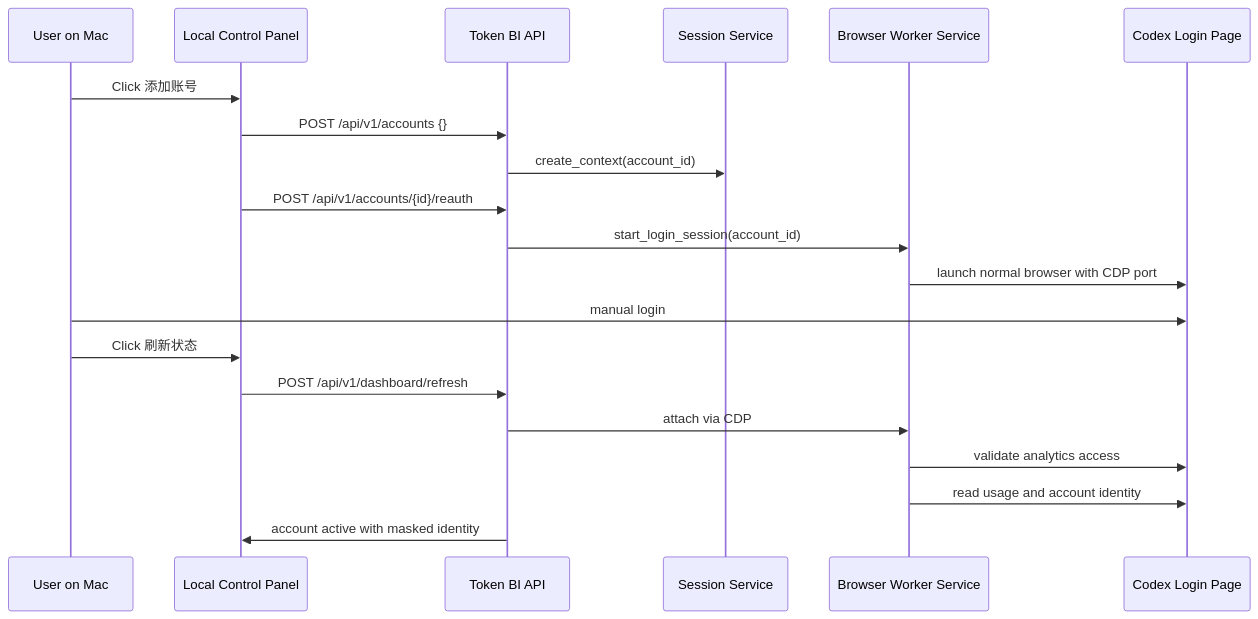
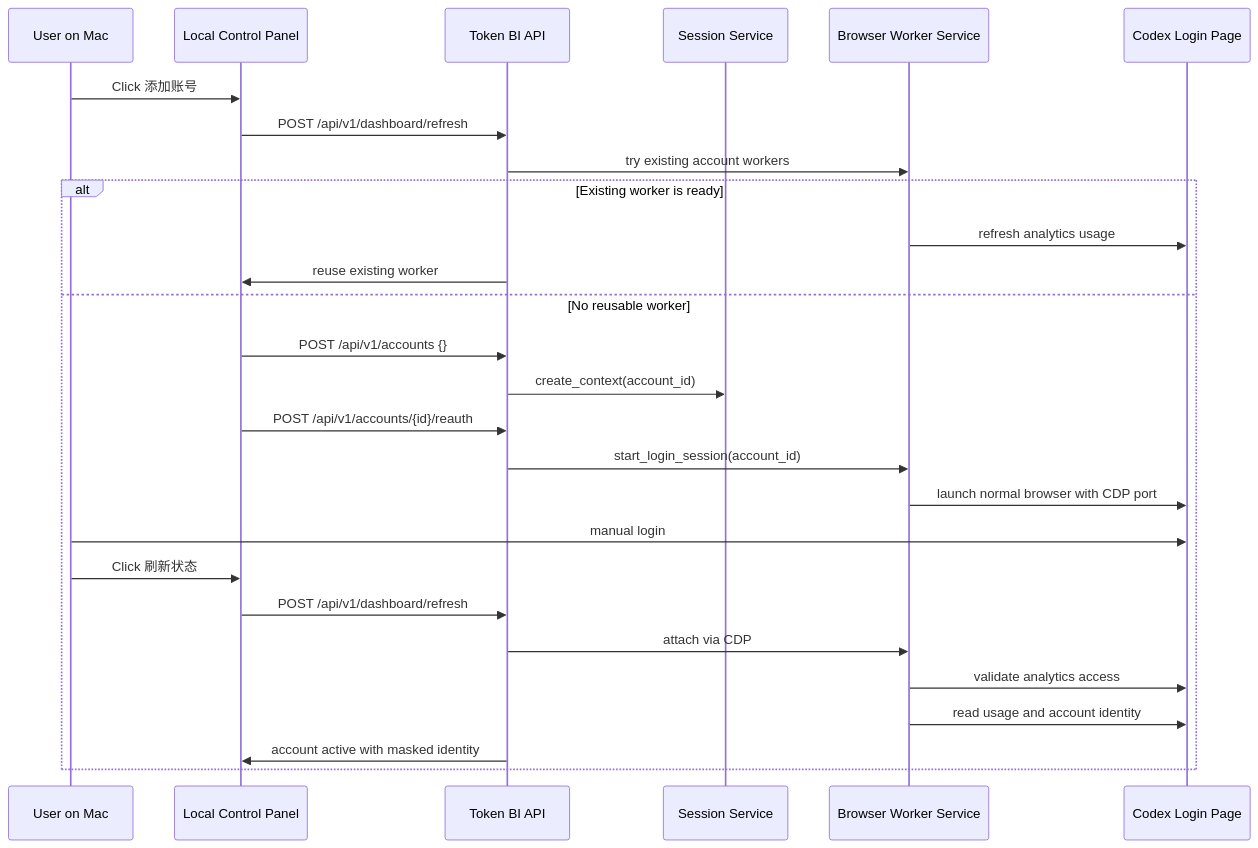
Before and after one commit to gbs00/Token_BI: the second of 3 diagrams in TECH_ARCHITECTURE.md, drawn with Mermaid. The commit also changed other lines of this file and 21 other files, not shown here.

````diff
--- a/TECH_ARCHITECTURE.md
+++ b/TECH_ARCHITECTURE.md
@@ -414,23 +474,30 @@
 ```mermaid
 sequenceDiagram
     participant User as User on Mac
     participant UI as Local Control Panel
     participant API as Token BI API
     participant Session as Session Service
     participant Worker as Browser Worker Service
     participant Codex as Codex Login Page
 
     User->>UI: Click 添加账号
-    UI->>API: POST /api/v1/accounts {}
-    API->>Session: create_context(account_id)
-    UI->>API: POST /api/v1/accounts/{id}/reauth
-    API->>Worker: start_login_session(account_id)
-    Worker->>Codex: launch normal browser with CDP port
-    User->>Codex: manual login
-    User->>UI: Click 刷新状态
     UI->>API: POST /api/v1/dashboard/refresh
-    API->>Worker: attach via CDP
-    Worker->>Codex: validate analytics access
-    Worker->>Codex: read usage and account identity
-    API->>UI: account active with masked identity
+    API->>Worker: try existing account workers
+    alt Existing worker is ready
+        Worker->>Codex: refresh analytics usage
+        API->>UI: reuse existing worker
+    else No reusable worker
+        UI->>API: POST /api/v1/accounts {}
+        API->>Session: create_context(account_id)
+        UI->>API: POST /api/v1/accounts/{id}/reauth
+        API->>Worker: start_login_session(account_id)
+        Worker->>Codex: launch normal browser with CDP port
+        User->>Codex: manual login
+        User->>UI: Click 刷新状态
+        UI->>API: POST /api/v1/dashboard/refresh
+        API->>Worker: attach via CDP
+        Worker->>Codex: validate analytics access
+        Worker->>Codex: read usage and account identity
+        API->>UI: account active with masked identity
+    end
 ```
````
